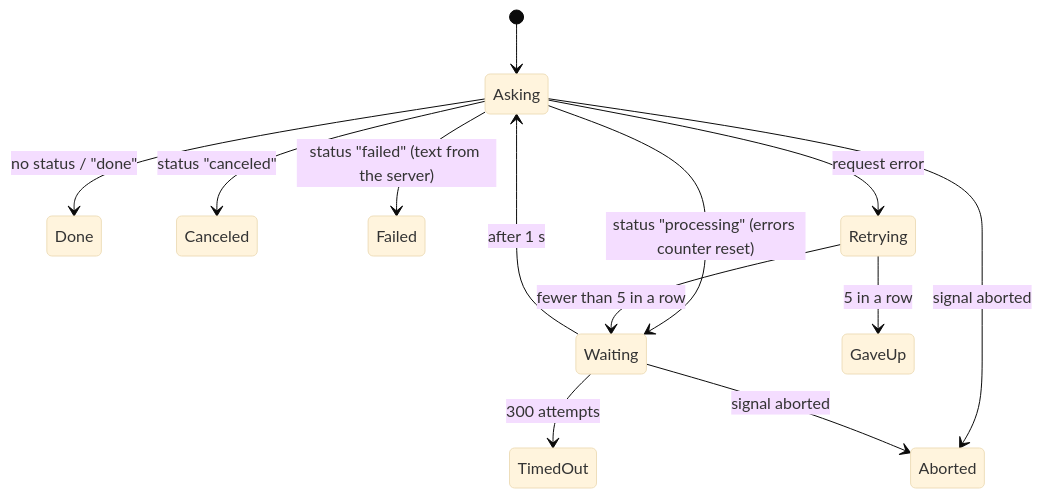
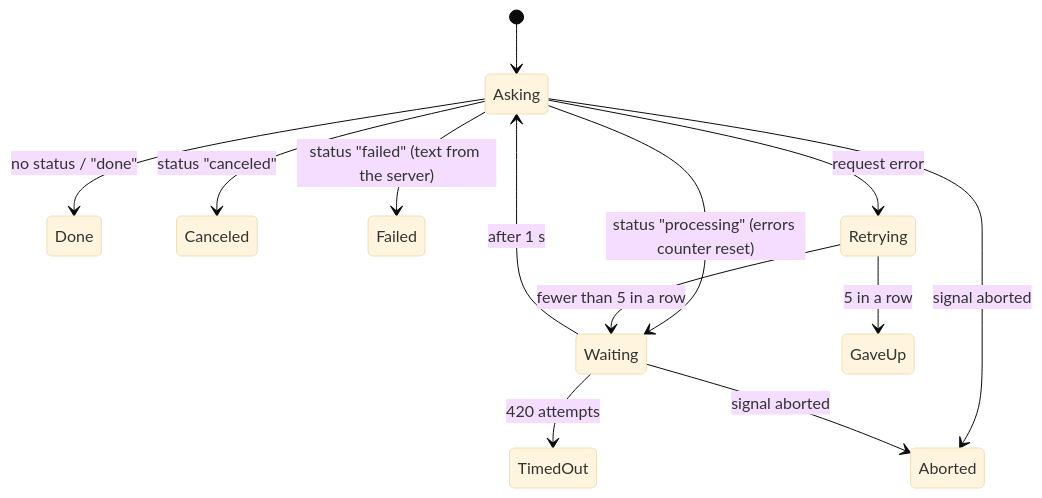
The second of 3 diagrams in docs/architecture.md (katzer-lab/Defish-Frontend), drawn with Mermaid (base theme) before and after one commit. The commit also changed other lines of this file and 3 other files, not shown here.

````diff
--- a/docs/architecture.md
+++ b/docs/architecture.md
@@ -56,15 +56,15 @@
 ```mermaid
 stateDiagram-v2
     [*] --> Asking
     Asking --> Waiting: status "processing" (errors counter reset)
     Waiting --> Asking: after 1 s
     Asking --> Done: no status / "done"
     Asking --> Canceled: status "canceled"
     Asking --> Failed: status "failed" (text from the server)
     Asking --> Retrying: request error
     Retrying --> Waiting: fewer than 5 in a row
     Retrying --> GaveUp: 5 in a row
-    Waiting --> TimedOut: 300 attempts
+    Waiting --> TimedOut: 420 attempts
     Asking --> Aborted: signal aborted
     Waiting --> Aborted: signal aborted
 ```
````
